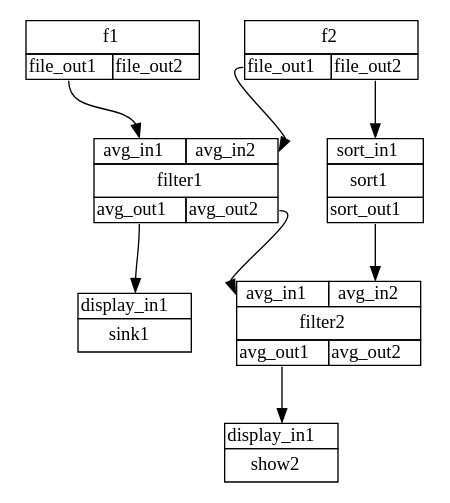
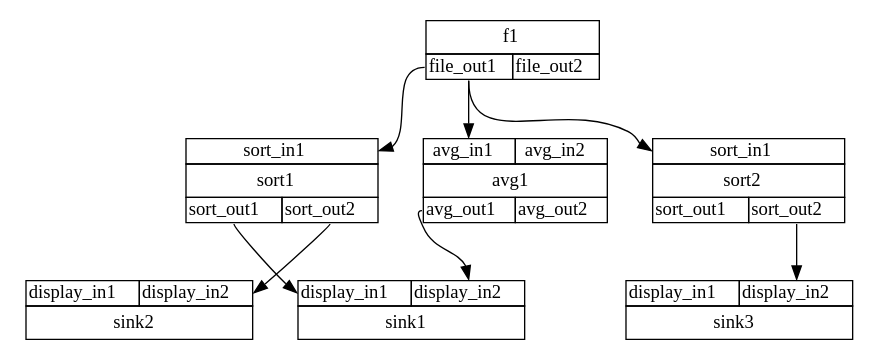
One commit to specs-feup/PipesGraphLanguage changed the diagram in generated/bin/dotfile.dot. Above: the diagram before and after it, drawn with Graphviz. The commit also changed 23 other files, not shown here.

```diff
--- a/generated/bin/dotfile.dot
+++ b/generated/bin/dotfile.dot
@@ -1,161 +1,163 @@
 digraph G {	
 rankdir=TB
 f1 [shape=plaintext 
 label=
 <<TABLE BORDER="0" CELLBORDER="0" CELLSPACING="0" CELLPADDING="0">
 	<TR>
 		<TD BORDER="1" CELLPADDING="4" COLOR="black">f1</TD>
 	</TR>
 	<TR>
 		<TD BORDER="0">
 			<TABLE BORDER="0" CELLBORDER="0" CELLSPACING="0" CELLPADDING="0">
 				<TR>
 				<TD PORT="file_out1" BORDER="1" CELLPADDING="1">file_out1</TD>
 				<TD PORT="file_out2" BORDER="1" CELLPADDING="1">file_out2</TD>
 				</TR>
 			</TABLE>
 		</TD>
 	</TR>
 </TABLE>>];
 rankdir=TB
-f2 [shape=plaintext 
-label=
-<<TABLE BORDER="0" CELLBORDER="0" CELLSPACING="0" CELLPADDING="0">
-	<TR>
-		<TD BORDER="1" CELLPADDING="4" COLOR="black">f2</TD>
-	</TR>
-	<TR>
-		<TD BORDER="0">
-			<TABLE BORDER="0" CELLBORDER="0" CELLSPACING="0" CELLPADDING="0">
-				<TR>
-				<TD PORT="file_out1" BORDER="1" CELLPADDING="1">file_out1</TD>
-				<TD PORT="file_out2" BORDER="1" CELLPADDING="1">file_out2</TD>
-				</TR>
-			</TABLE>
-		</TD>
-	</TR>
-</TABLE>>];
-rankdir=TB
-filter1 [shape=plaintext 
+avg1 [shape=plaintext 
 label=
 <<TABLE BORDER="0" CELLBORDER="0" CELLSPACING="0" CELLPADDING="0">
 	<TR>
 		<TD BORDER="0">
 			<TABLE BORDER="0" CELLBORDER="0" CELLSPACING="0" CELLPADDING="0">
 				<TR>
 				<TD PORT="avg_in1" BORDER="1" CELLPADDING="1">avg_in1</TD>
 				<TD PORT="avg_in2" BORDER="1" CELLPADDING="1">avg_in2</TD>
 				</TR>
 			</TABLE>
 		</TD>
 	</TR>
 	<TR>
-		<TD BORDER="1" CELLPADDING="4" COLOR="black">filter1</TD>
-	</TR>
-	<TR>
-		<TD BORDER="0">
-			<TABLE BORDER="0" CELLBORDER="0" CELLSPACING="0" CELLPADDING="0">
-				<TR>
-				<TD PORT="avg_out1" BORDER="1" CELLPADDING="1">avg_out1</TD>
-				<TD PORT="avg_out2" BORDER="1" CELLPADDING="1">avg_out2</TD>
-				</TR>
-			</TABLE>
-		</TD>
-	</TR>
-</TABLE>>];
-rankdir=TB
-filter2 [shape=plaintext 
-label=
-<<TABLE BORDER="0" CELLBORDER="0" CELLSPACING="0" CELLPADDING="0">
-	<TR>
-		<TD BORDER="0">
-			<TABLE BORDER="0" CELLBORDER="0" CELLSPACING="0" CELLPADDING="0">
-				<TR>
-				<TD PORT="avg_in1" BORDER="1" CELLPADDING="1">avg_in1</TD>
-				<TD PORT="avg_in2" BORDER="1" CELLPADDING="1">avg_in2</TD>
-				</TR>
-			</TABLE>
-		</TD>
-	</TR>
-	<TR>
-		<TD BORDER="1" CELLPADDING="4" COLOR="black">filter2</TD>
+		<TD BORDER="1" CELLPADDING="4" COLOR="black">avg1</TD>
 	</TR>
 	<TR>
 		<TD BORDER="0">
 			<TABLE BORDER="0" CELLBORDER="0" CELLSPACING="0" CELLPADDING="0">
 				<TR>
 				<TD PORT="avg_out1" BORDER="1" CELLPADDING="1">avg_out1</TD>
 				<TD PORT="avg_out2" BORDER="1" CELLPADDING="1">avg_out2</TD>
 				</TR>
 			</TABLE>
 		</TD>
 	</TR>
 </TABLE>>];
 rankdir=TB
 sort1 [shape=plaintext 
 label=
 <<TABLE BORDER="0" CELLBORDER="0" CELLSPACING="0" CELLPADDING="0">
 	<TR>
 		<TD BORDER="0">
 			<TABLE BORDER="0" CELLBORDER="0" CELLSPACING="0" CELLPADDING="0">
 				<TR>
 				<TD PORT="sort_in1" BORDER="1" CELLPADDING="1">sort_in1</TD>
 				</TR>
 			</TABLE>
 		</TD>
 	</TR>
 	<TR>
 		<TD BORDER="1" CELLPADDING="4" COLOR="black">sort1</TD>
 	</TR>
 	<TR>
 		<TD BORDER="0">
 			<TABLE BORDER="0" CELLBORDER="0" CELLSPACING="0" CELLPADDING="0">
 				<TR>
 				<TD PORT="sort_out1" BORDER="1" CELLPADDING="1">sort_out1</TD>
+				<TD PORT="sort_out2" BORDER="1" CELLPADDING="1">sort_out2</TD>
+				</TR>
+			</TABLE>
+		</TD>
+	</TR>
+</TABLE>>];
+rankdir=TB
+sort2 [shape=plaintext 
+label=
+<<TABLE BORDER="0" CELLBORDER="0" CELLSPACING="0" CELLPADDING="0">
+	<TR>
+		<TD BORDER="0">
+			<TABLE BORDER="0" CELLBORDER="0" CELLSPACING="0" CELLPADDING="0">
+				<TR>
+				<TD PORT="sort_in1" BORDER="1" CELLPADDING="1">sort_in1</TD>
+				</TR>
+			</TABLE>
+		</TD>
+	</TR>
+	<TR>
+		<TD BORDER="1" CELLPADDING="4" COLOR="black">sort2</TD>
+	</TR>
+	<TR>
+		<TD BORDER="0">
+			<TABLE BORDER="0" CELLBORDER="0" CELLSPACING="0" CELLPADDING="0">
+				<TR>
+				<TD PORT="sort_out1" BORDER="1" CELLPADDING="1">sort_out1</TD>
+				<TD PORT="sort_out2" BORDER="1" CELLPADDING="1">sort_out2</TD>
 				</TR>
 			</TABLE>
 		</TD>
 	</TR>
 </TABLE>>];
 rankdir=TB
 sink1 [shape=plaintext 
 label=
 <<TABLE BORDER="0" CELLBORDER="0" CELLSPACING="0" CELLPADDING="0">
 	<TR>
 		<TD BORDER="0">
 			<TABLE BORDER="0" CELLBORDER="0" CELLSPACING="0" CELLPADDING="0">
 				<TR>
 				<TD PORT="display_in1" BORDER="1" CELLPADDING="1">display_in1</TD>
+				<TD PORT="display_in2" BORDER="1" CELLPADDING="1">display_in2</TD>
 				</TR>
 			</TABLE>
 		</TD>
 	</TR>
 	<TR>
 		<TD BORDER="1" CELLPADDING="4" COLOR="black">sink1</TD>
 	</TR>
 </TABLE>>];
 rankdir=TB
-show2 [shape=plaintext 
+sink2 [shape=plaintext 
 label=
 <<TABLE BORDER="0" CELLBORDER="0" CELLSPACING="0" CELLPADDING="0">
 	<TR>
 		<TD BORDER="0">
 			<TABLE BORDER="0" CELLBORDER="0" CELLSPACING="0" CELLPADDING="0">
 				<TR>
 				<TD PORT="display_in1" BORDER="1" CELLPADDING="1">display_in1</TD>
+				<TD PORT="display_in2" BORDER="1" CELLPADDING="1">display_in2</TD>
 				</TR>
 			</TABLE>
 		</TD>
 	</TR>
 	<TR>
-		<TD BORDER="1" CELLPADDING="4" COLOR="black">show2</TD>
+		<TD BORDER="1" CELLPADDING="4" COLOR="black">sink2</TD>
 	</TR>
 </TABLE>>];
-f1:file_out1 -> filter1:avg_in1 [style="", arrowhead="normal", color=black, headlabel=<>, fontsize=10, labelangle=45, labeldistance=2.0, labelfontcolor=black];
-f2:file_out2 -> sort1:sort_in1 [style="", arrowhead="normal", color=black, headlabel=<>, fontsize=10, labelangle=45, labeldistance=2.0, labelfontcolor=black];
-f2:file_out1 -> filter1:avg_in2 [style="", arrowhead="normal", color=black, headlabel=<>, fontsize=10, labelangle=45, labeldistance=2.0, labelfontcolor=black];
-filter1:avg_out2 -> filter2:avg_in1 [style="", arrowhead="normal", color=black, headlabel=<>, fontsize=10, labelangle=45, labeldistance=2.0, labelfontcolor=black];
-filter1:avg_out1 -> sink1:display_in1 [style="", arrowhead="normal", color=black, headlabel=<>, fontsize=10, labelangle=45, labeldistance=2.0, labelfontcolor=black];
-filter2:avg_out1 -> show2:display_in1 [style="", arrowhead="normal", color=black, headlabel=<>, fontsize=10, labelangle=45, labeldistance=2.0, labelfontcolor=black];
-sort1:sort_out1 -> filter2:avg_in2 [style="", arrowhead="normal", color=black, headlabel=<>, fontsize=10, labelangle=45, labeldistance=2.0, labelfontcolor=black];
+rankdir=TB
+sink3 [shape=plaintext 
+label=
+<<TABLE BORDER="0" CELLBORDER="0" CELLSPACING="0" CELLPADDING="0">
+	<TR>
+		<TD BORDER="0">
+			<TABLE BORDER="0" CELLBORDER="0" CELLSPACING="0" CELLPADDING="0">
+				<TR>
+				<TD PORT="display_in1" BORDER="1" CELLPADDING="1">display_in1</TD>
+				<TD PORT="display_in2" BORDER="1" CELLPADDING="1">display_in2</TD>
+				</TR>
+			</TABLE>
+		</TD>
+	</TR>
+	<TR>
+		<TD BORDER="1" CELLPADDING="4" COLOR="black">sink3</TD>
+	</TR>
+</TABLE>>];
+f1:file_out1 -> avg1:avg_in1 [style="", arrowhead="normal", color=black, headlabel=<>, fontsize=10, labelangle=45, labeldistance=2.0, labelfontcolor=black];
+f1:file_out1 -> sort1:sort_in1 [style="", arrowhead="normal", color=black, headlabel=<>, fontsize=10, labelangle=45, labeldistance=2.0, labelfontcolor=black];
+f1:file_out1 -> sort2:sort_in1 [style="", arrowhead="normal", color=black, headlabel=<>, fontsize=10, labelangle=45, labeldistance=2.0, labelfontcolor=black];
+avg1:avg_out1 -> sink1:display_in2 [style="", arrowhead="normal", color=black, headlabel=<>, fontsize=10, labelangle=45, labeldistance=2.0, labelfontcolor=black];
+sort1:sort_out1 -> sink1:display_in1 [style="", arrowhead="normal", color=black, headlabel=<>, fontsize=10, labelangle=45, labeldistance=2.0, labelfontcolor=black];
+sort1:sort_out2 -> sink2:display_in2 [style="", arrowhead="normal", color=black, headlabel=<>, fontsize=10, labelangle=45, labeldistance=2.0, labelfontcolor=black];
+sort2:sort_out2 -> sink3:display_in2 [style="", arrowhead="normal", color=black, headlabel=<>, fontsize=10, labelangle=45, labeldistance=2.0, labelfontcolor=black];
 }
```
